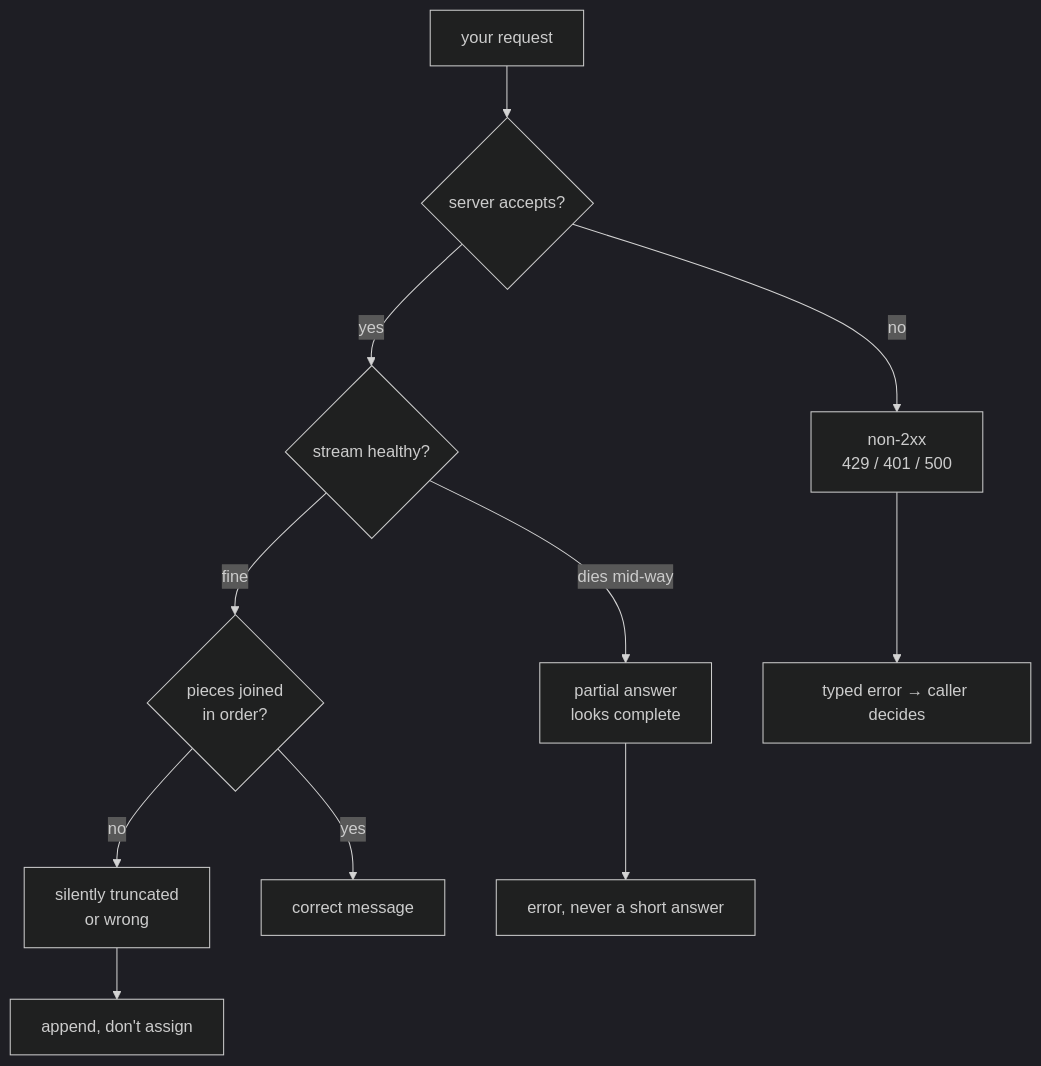
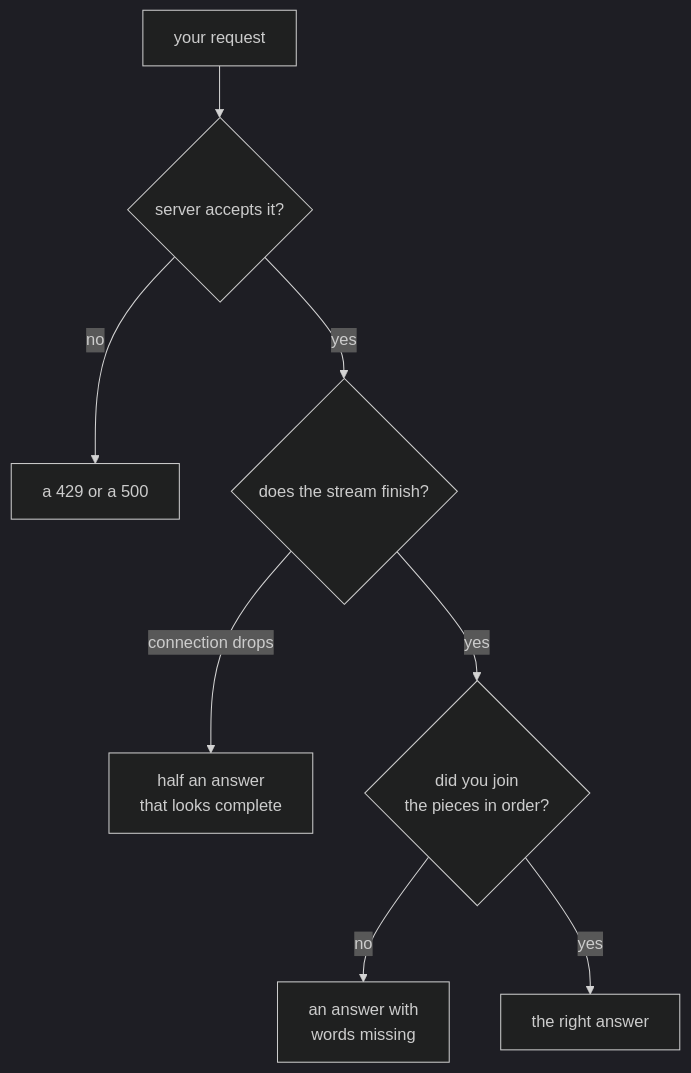
Before and after one commit to theakhandpatel/kata: the second of 2 diagrams in chapters/01-chat-with-the-model/overview.md, drawn with Mermaid (dark theme). The commit also changed other lines of this file and 3 other files, not shown here.

````diff
--- a/chapters/01-chat-with-the-model/overview.md
+++ b/chapters/01-chat-with-the-model/overview.md
@@ -122,13 +117,10 @@
 ```mermaid
 flowchart TD
-    A[your request] --> B{server accepts?}
-    B -- no --> C["non-2xx<br/>429 / 401 / 500"]
-    B -- yes --> D{stream healthy?}
-    D -- "dies mid-way" --> E["partial answer<br/>looks complete"]
-    D -- "fine" --> F{pieces joined<br/>in order?}
-    F -- no --> G["silently truncated<br/>or wrong"]
-    F -- yes --> H[correct message]
-    C --> I[typed error → caller decides]
-    E --> J[error, never a short answer]
-    G --> K[append, don't assign]
+    A[your request] --> B{server accepts it?}
+    B -- no --> C["a 429 or a 500"]
+    B -- yes --> D{does the stream finish?}
+    D -- "connection drops" --> E["half an answer<br/>that looks complete"]
+    D -- "yes" --> F{did you join<br/>the pieces in order?}
+    F -- no --> G["an answer with<br/>words missing"]
+    F -- yes --> H[the right answer]
 ```
````
